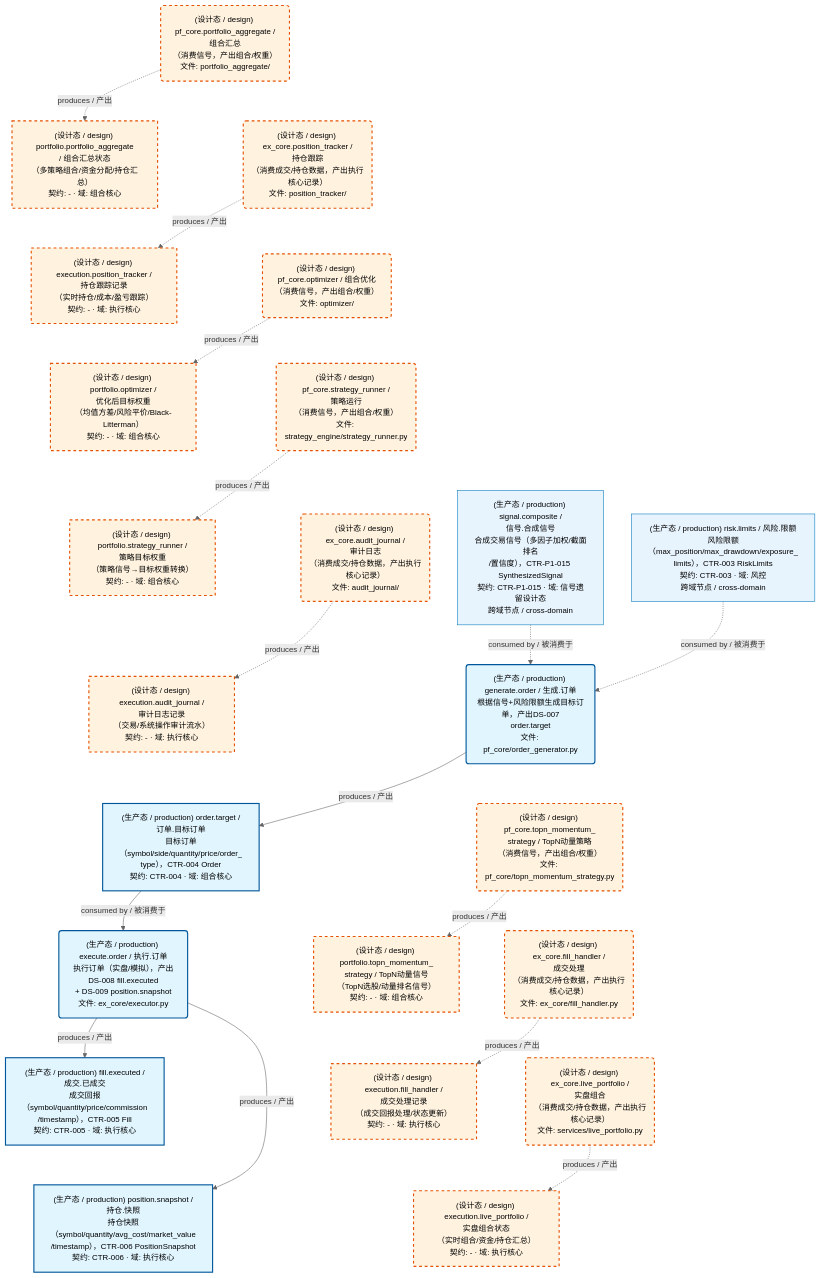
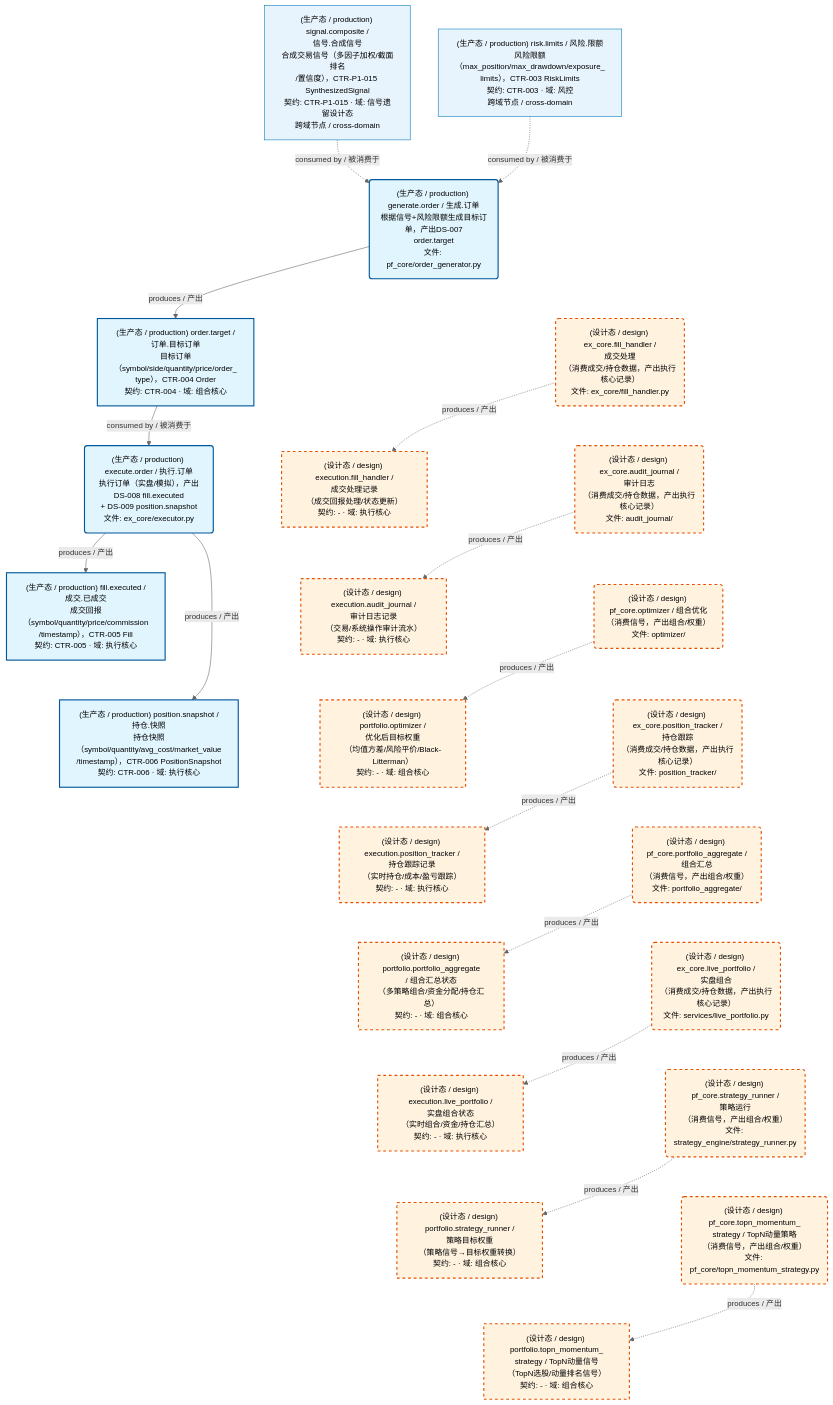
The first of 3 diagrams in docs/02_enterprise_architecture/05_dataflow_architecture/d_ex_pf_core.md (xuanFelixVan/ZephyrAlpha), drawn with Mermaid before and after one commit. The commit also changed other lines of this file and 12 other files, not shown here.

````diff
--- a/docs/02_enterprise_architecture/05_dataflow_architecture/d_ex_pf_core.md
+++ b/docs/02_enterprise_architecture/05_dataflow_architecture/d_ex_pf_core.md
@@ -50,65 +50,65 @@
 ```mermaid
 %%{init: {'theme': 'base', 'themeVariables': {'primaryColor': '#eaeaea', 'primaryTextColor': '#333333', 'primaryBorderColor': '#666666', 'lineColor': '#666666', 'secondaryColor': '#eaeaea', 'tertiaryColor': '#eaeaea', 'clusterBkg': 'transparent', 'clusterBorder': 'transparent', 'fontSize': '14px'}}}%%
 flowchart TD
     DS11263["(设计态 / design) execution.audit_journal /<br/>审计日志记录<br/>（交易/系统操作审计流水）<br/>契约: - · 域: 执行核心"]
     DS11264["(设计态 / design) execution.fill_handler /<br/>成交处理记录<br/>（成交回报处理/状态更新）<br/>契约: - · 域: 执行核心"]
     DS11266["(设计态 / design) execution.live_portfolio /<br/>实盘组合状态<br/>（实时组合/资金/持仓汇总）<br/>契约: - · 域: 执行核心"]
     DS11265["(设计态 / design) execution.position_tracker /<br/>持仓跟踪记录<br/>（实时持仓/成本/盈亏跟踪）<br/>契约: - · 域: 执行核心"]
-    DS16906["(生产态 / production) fill.executed /<br/>成交.已成交<br/>成交回报（symbol/quantity/price/commission<br/>/timestamp），CTR-005 Fill<br/>契约: CTR-005 · 域: 执行核心"]
-    DS16905["(生产态 / production) order.target /<br/>订单.目标订单<br/>目标订单（symbol/side/quantity/price/order_<br/>type），CTR-004 Order<br/>契约: CTR-004 · 域: 组合核心"]
+    DS20858["(生产态 / production) fill.executed /<br/>成交.已成交<br/>成交回报（symbol/quantity/price/commission<br/>/timestamp），CTR-005 Fill<br/>契约: CTR-005 · 域: 执行核心"]
+    DS20857["(生产态 / production) order.target /<br/>订单.目标订单<br/>目标订单（symbol/side/quantity/price/order_<br/>type），CTR-004 Order<br/>契约: CTR-004 · 域: 组合核心"]
     DS11267["(设计态 / design) portfolio.optimizer /<br/>优化后目标权重<br/>（均值方差/风险平价/Black-Litterman）<br/>契约: - · 域: 组合核心"]
     DS11268["(设计态 / design) portfolio.portfolio_aggregate<br/>/ 组合汇总状态<br/>（多策略组合/资金分配/持仓汇总）<br/>契约: - · 域: 组合核心"]
     DS11269["(设计态 / design) portfolio.strategy_runner /<br/>策略目标权重<br/>（策略信号→目标权重转换）<br/>契约: - · 域: 组合核心"]
     DS11270["(设计态 / design) portfolio.topn_momentum_<br/>strategy / TopN动量信号<br/>（TopN选股/动量排名信号）<br/>契约: - · 域: 组合核心"]
-    DS16907["(生产态 / production) position.snapshot /<br/>持仓.快照<br/>持仓快照（symbol/quantity/avg_cost/market_value<br/>/timestamp），CTR-006 PositionSnapshot<br/>契约: CTR-006 · 域: 执行核心"]
+    DS20859["(生产态 / production) position.snapshot /<br/>持仓.快照<br/>持仓快照（symbol/quantity/avg_cost/market_value<br/>/timestamp），CTR-006 PositionSnapshot<br/>契约: CTR-006 · 域: 执行核心"]
     JOB757627("(设计态 / design) ex_core.audit_journal /<br/>审计日志<br/>（消费成交/持仓数据，产出执行核心记录）<br/>文件: audit_journal/")
     JOB757628("(设计态 / design) ex_core.fill_handler /<br/>成交处理<br/>（消费成交/持仓数据，产出执行核心记录）<br/>文件: ex_core/fill_handler.py")
     JOB757630("(设计态 / design) ex_core.live_portfolio /<br/>实盘组合<br/>（消费成交/持仓数据，产出执行核心记录）<br/>文件: services/live_portfolio.py")
     JOB757629("(设计态 / design) ex_core.position_tracker /<br/>持仓跟踪<br/>（消费成交/持仓数据，产出执行核心记录）<br/>文件: position_tracker/")
-    JOB866029("(生产态 / production) execute.order / 执行.订单<br/>执行订单（实盘/模拟），产出DS-008 fill.executed<br/>+ DS-009 position.snapshot<br/>文件: ex_core/executor.py")
-    JOB866028("(生产态 / production) generate.order / 生成.订单<br/>根据信号+风险限额生成目标订单，产出DS-007<br/>order.target<br/>文件: pf_core/order_generator.py")
+    JOB969547("(生产态 / production) execute.order / 执行.订单<br/>执行订单（实盘/模拟），产出DS-008 fill.executed<br/>+ DS-009 position.snapshot<br/>文件: ex_core/executor.py")
+    JOB969546("(生产态 / production) generate.order / 生成.订单<br/>根据信号+风险限额生成目标订单，产出DS-007<br/>order.target<br/>文件: pf_core/order_generator.py")
     JOB757631("(设计态 / design) pf_core.optimizer / 组合优化<br/>（消费信号，产出组合/权重）<br/>文件: optimizer/")
     JOB757632("(设计态 / design) pf_core.portfolio_aggregate /<br/>组合汇总<br/>（消费信号，产出组合/权重）<br/>文件: portfolio_aggregate/")
     JOB757633("(设计态 / design) pf_core.strategy_runner /<br/>策略运行<br/>（消费信号，产出组合/权重）<br/>文件: strategy_engine/strategy_runner.py")
     JOB757634("(设计态 / design) pf_core.topn_momentum_<br/>strategy / TopN动量策略<br/>（消费信号，产出组合/权重）<br/>文件: pf_core/topn_momentum_strategy.py")
-    DS16903["(生产态 / production) signal.composite /<br/>信号.合成信号<br/>合成交易信号（多因子加权/截面排名<br/>/置信度），CTR-P1-015 SynthesizedSignal<br/>契约: CTR-P1-015 · 域: 信号遗留设计态<br/>跨域节点 / cross-domain"]
-    DS16904["(生产态 / production) risk.limits / 风险.限额<br/>风险限额（max_position/max_drawdown/exposure_<br/>limits），CTR-003 RiskLimits<br/>契约: CTR-003 · 域: 风控<br/>跨域节点 / cross-domain"]
+    DS20855["(生产态 / production) signal.composite /<br/>信号.合成信号<br/>合成交易信号（多因子加权/截面排名<br/>/置信度），CTR-P1-015 SynthesizedSignal<br/>契约: CTR-P1-015 · 域: 信号遗留设计态<br/>跨域节点 / cross-domain"]
+    DS20856["(生产态 / production) risk.limits / 风险.限额<br/>风险限额（max_position/max_drawdown/exposure_<br/>limits），CTR-003 RiskLimits<br/>契约: CTR-003 · 域: 风控<br/>跨域节点 / cross-domain"]
+    JOB969546 -->|produces / 产出| DS20857
+    JOB969547 -->|produces / 产出| DS20858
+    JOB969547 -->|produces / 产出| DS20859
     JOB757627 -.->|produces / 产出| DS11263
     JOB757628 -.->|produces / 产出| DS11264
     JOB757629 -.->|produces / 产出| DS11265
     JOB757630 -.->|produces / 产出| DS11266
     JOB757631 -.->|produces / 产出| DS11267
     JOB757632 -.->|produces / 产出| DS11268
     JOB757633 -.->|produces / 产出| DS11269
     JOB757634 -.->|produces / 产出| DS11270
-    JOB866028 -->|produces / 产出| DS16905
-    JOB866029 -->|produces / 产出| DS16906
-    JOB866029 -->|produces / 产出| DS16907
-    DS16903 -.->|consumed by / 被消费于| JOB866028
-    DS16904 -.->|consumed by / 被消费于| JOB866028
-    DS16905 -->|consumed by / 被消费于| JOB866029
-    JOB757632 ~~~ JOB757629
-    JOB757629 ~~~ JOB757631
-    JOB757631 ~~~ JOB757633
-    JOB757633 ~~~ JOB757627
-    JOB757627 ~~~ JOB866028
-    JOB866028 ~~~ JOB757634
-    JOB757634 ~~~ JOB757628
-    JOB757628 ~~~ JOB757630
-    DS11268 ~~~ DS11265
-    DS11265 ~~~ DS11267
-    DS11267 ~~~ DS11269
-    DS11269 ~~~ DS11263
-    DS11263 ~~~ DS16905
-    DS16905 ~~~ DS11270
-    DS11270 ~~~ DS11264
-    DS11264 ~~~ DS11266
-    DS16906 ~~~ DS16907
+    DS20855 -.->|consumed by / 被消费于| JOB969546
+    DS20856 -.->|consumed by / 被消费于| JOB969546
+    DS20857 -->|consumed by / 被消费于| JOB969547
+    JOB969546 ~~~ JOB757628
+    JOB757628 ~~~ JOB757627
+    JOB757627 ~~~ JOB757631
+    JOB757631 ~~~ JOB757629
+    JOB757629 ~~~ JOB757632
+    JOB757632 ~~~ JOB757630
+    JOB757630 ~~~ JOB757633
+    JOB757633 ~~~ JOB757634
+    DS20857 ~~~ DS11264
+    DS11264 ~~~ DS11263
+    DS11263 ~~~ DS11267
+    DS11267 ~~~ DS11265
+    DS11265 ~~~ DS11268
+    DS11268 ~~~ DS11266
+    DS11266 ~~~ DS11269
+    DS11269 ~~~ DS11270
+    DS20858 ~~~ DS20859
     classDef production fill:#e1f5fe,stroke:#01579b,stroke-width:2px,color:#000
     classDef design fill:#fff3e0,stroke:#e65100,stroke-width:2px,color:#000,stroke-dasharray: 5 5
     classDef external_prod fill:#e8f4fd,stroke:#0277bd,stroke-width:1px,color:#000
     classDef external_design fill:#fff8e7,stroke:#ef6c00,stroke-width:1px,color:#000,stroke-dasharray: 5 5
-    class DS16906,DS16905,DS16907,JOB866029,JOB866028 production
+    class DS20858,DS20857,DS20859,JOB969547,JOB969546 production
     class DS11263,DS11264,DS11266,DS11265,DS11267,DS11268,DS11269,DS11270,JOB757627,JOB757628,JOB757630,JOB757629,JOB757631,JOB757632,JOB757633,JOB757634 design
-    class DS16903,DS16904 external_prod
+    class DS20855,DS20856 external_prod
 ```
````
